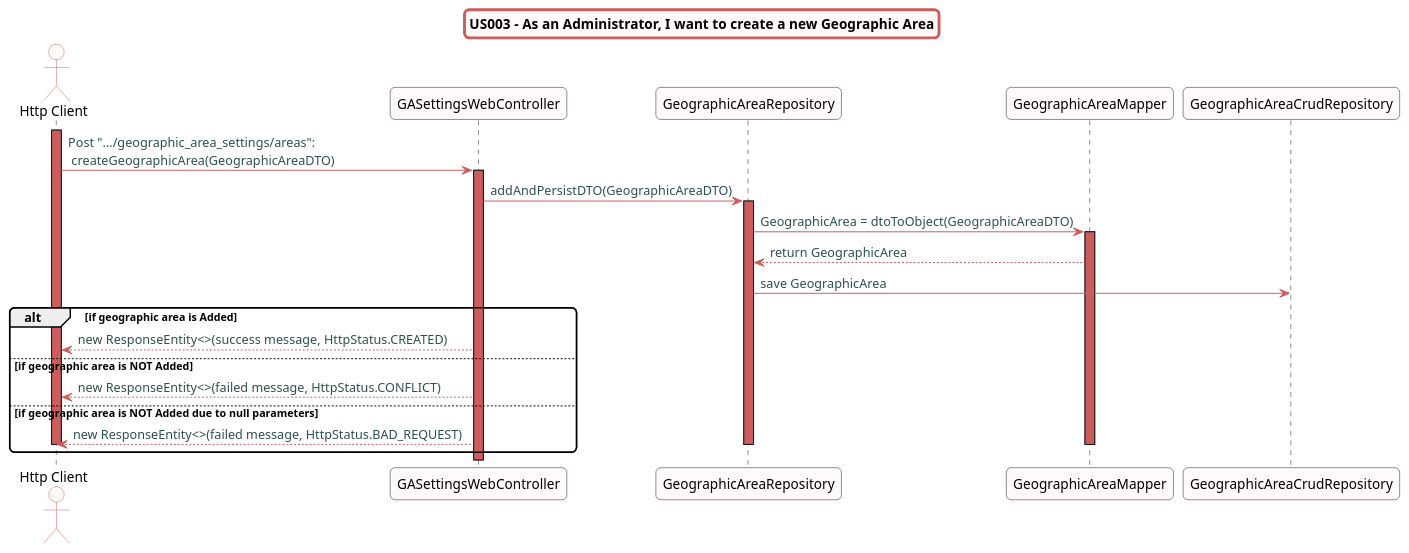
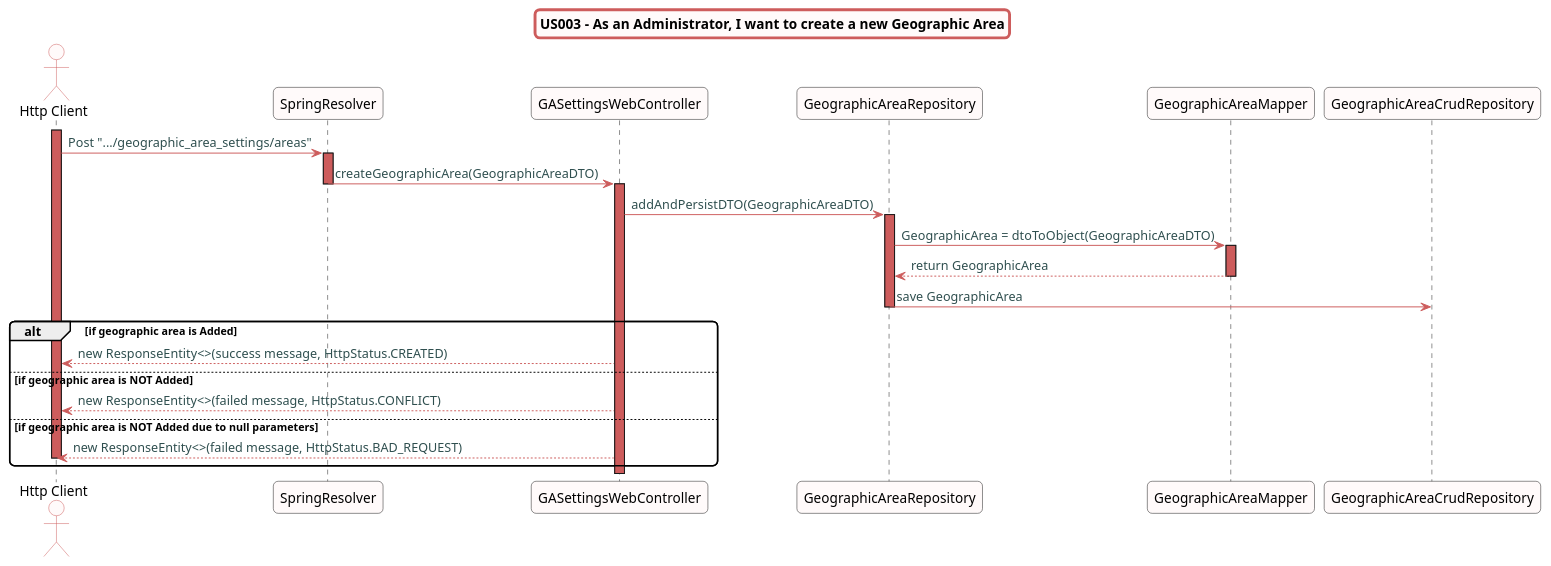
Before and after one commit to Almadanmp/project: the diagram in src/doc/WEB_Controllers/GASettings/US003/US003_sd_GASettings.puml, drawn with PlantUML. The commit also changed 1 other file, not shown here.

Commit message:
REF #360 #361 - updated diagrams.

```diff
--- a/src/doc/WEB_Controllers/GASettings/US003/US003_sd_GASettings.puml
+++ b/src/doc/WEB_Controllers/GASettings/US003/US003_sd_GASettings.puml
@@ -1,51 +1,54 @@
 @startuml
 
 skinparam titleBorderRoundCorner 10
 skinparam titleBorderThickness 3
 skinparam titleBorderColor indianred
 skinparam titleBackgroundColor snow
 skinparam FontName quicksand
 
 skinparam actor {
   BorderColor indianred
   backgroundColor Snow
   }
 
 skinparam sequence {
   LifeLineBackgroundColor indianred
   ParticipantBackgroundColor snow
 }
 
 skinparam roundcorner 10
 
 skinparam component {
   arrowThickness 1
   ArrowFontName Verdana
   ArrowColor indianred
   ArrowFontColor darkslategrey
 }
 
 title US003 - As an Administrator, I want to create a new Geographic Area
 
 actor "Http Client"
 activate "Http Client"
-"Http Client" -> "GASettingsWebController":  Post ".../geographic_area_settings/areas":\n createGeographicArea(GeographicAreaDTO)
+"Http Client" -> "SpringResolver":  Post ".../geographic_area_settings/areas"
+activate "SpringResolver"
+"SpringResolver"->"GASettingsWebController": createGeographicArea(GeographicAreaDTO)
+deactivate "SpringResolver"
 activate "GASettingsWebController"
 "GASettingsWebController" -> "GeographicAreaRepository": addAndPersistDTO(GeographicAreaDTO)
 activate "GeographicAreaRepository"
 "GeographicAreaRepository" -> "GeographicAreaMapper": GeographicArea = dtoToObject(GeographicAreaDTO)
 activate "GeographicAreaMapper"
 "GeographicAreaMapper" --> "GeographicAreaRepository": return GeographicArea
+deactivate "GeographicAreaMapper"
 "GeographicAreaRepository" -> "GeographicAreaCrudRepository": save GeographicArea
+deactivate "GeographicAreaRepository"
 alt if geographic area is Added
 "GASettingsWebController" --> "Http Client": new ResponseEntity<>(success message, HttpStatus.CREATED)
 else if geographic area is NOT Added
 "GASettingsWebController" --> "Http Client": new ResponseEntity<>(failed message, HttpStatus.CONFLICT)
 else if geographic area is NOT Added due to null parameters
 "GASettingsWebController" --> "Http Client": new ResponseEntity<>(failed message, HttpStatus.BAD_REQUEST)
-deactivate "GeographicAreaMapper"
-deactivate "GeographicAreaRepository"
 deactivate "Http Client"
 end
 
 @enduml
```
